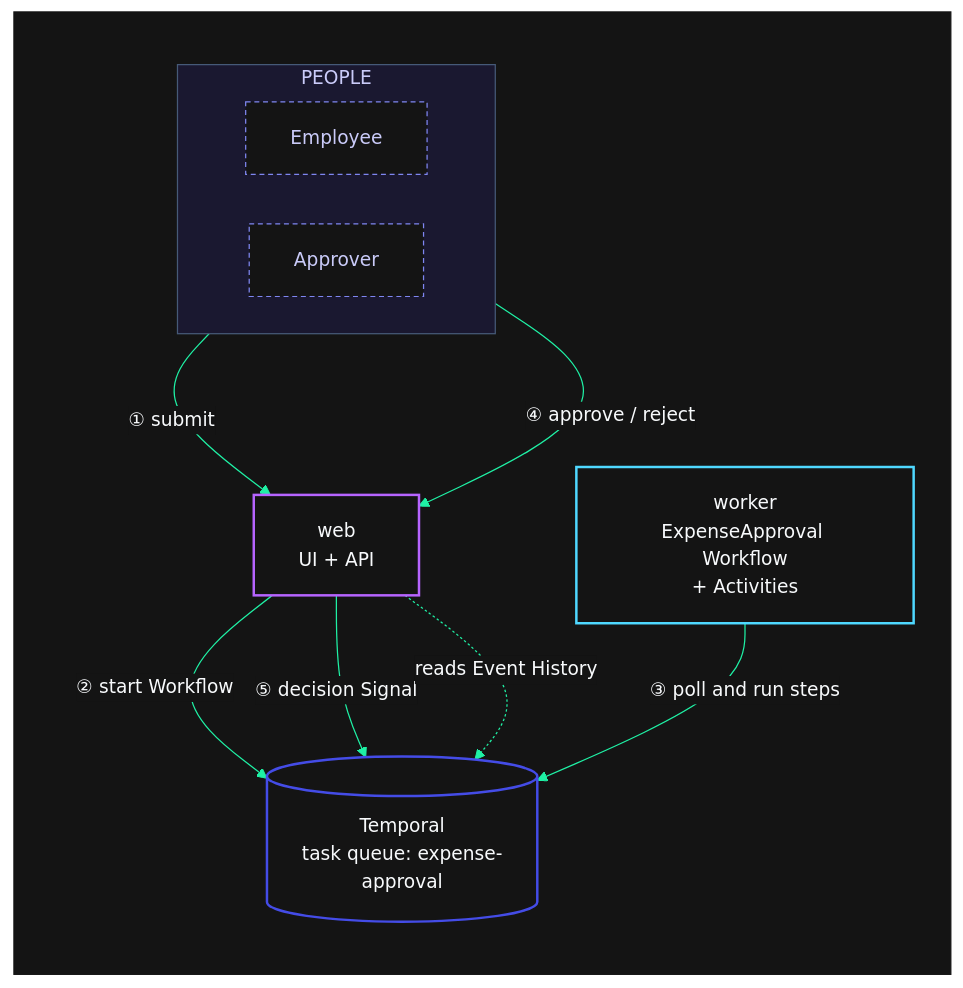
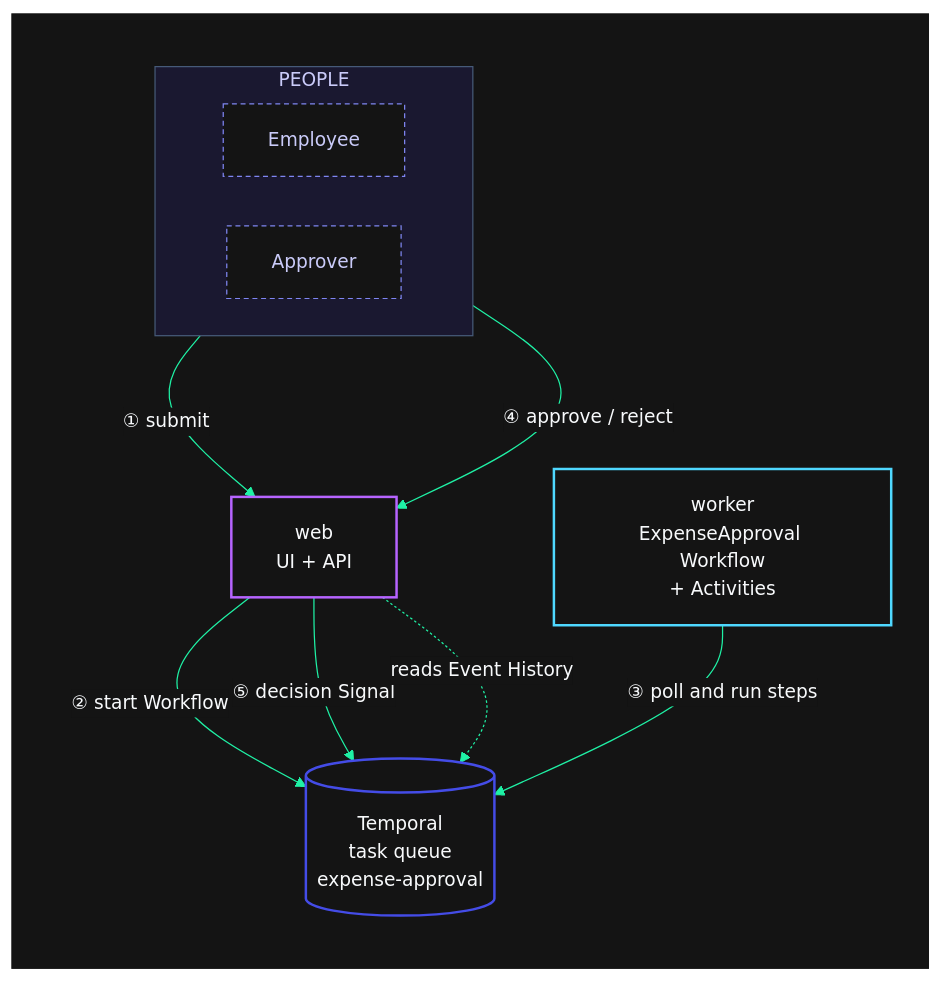
One commit to mikeacjones/temporal-demo-expense-approval changed the diagram in README.md. Above: the diagram before and after it, drawn with Mermaid.

Commit message:
Update readme diagrams

````diff
--- a/README.md
+++ b/README.md
@@ -15,45 +15,45 @@
 ```mermaid
 %%{init: {"theme": "base", "flowchart": {"nodeSpacing": 40, "rankSpacing": 60, "padding": 18}, "themeVariables": {
   "fontSize": "15px",
   "primaryColor": "#141414",
   "primaryTextColor": "#f8fafc",
   "primaryBorderColor": "#444ce7",
   "lineColor": "#1ff1a5",
   "textColor": "#f8fafc",
   "clusterBkg": "#1a1830",
   "clusterBorder": "#465a78",
   "titleColor": "#cacbf9",
   "edgeLabelBackground": "#141414"
 }}}%%
 flowchart TB
   subgraph card[" "]
     direction TB
     subgraph people["PEOPLE"]
       direction LR
       employee["Employee"]
       approver["Approver"]
     end
 
     web["web<br/>UI + API"]
-    temporal[("Temporal<br/>task queue: expense-approval")]
+    temporal[("Temporal<br/>task queue<br/>expense-approval")]
     worker["worker<br/>ExpenseApproval Workflow<br/>+ Activities"]
   end
 
   employee -- "① submit" --> web
   web -- "② start Workflow" --> temporal
   worker -- "③ poll and run steps" --> temporal
   approver -- "④ approve / reject" --> web
   web -- "⑤ decision Signal" --> temporal
   web -. "reads Event History" .-> temporal
 
   classDef card fill:#141414,stroke:#141414,color:#141414
   classDef people fill:#141414,stroke:#7f86f1,stroke-width:1px,stroke-dasharray:4 3,color:#cacbf9
   classDef app fill:#141414,stroke:#b664ff,stroke-width:2px,color:#f8fafc
   classDef temporal fill:#141414,stroke:#444ce7,stroke-width:2px,color:#f8fafc
   classDef worker fill:#141414,stroke:#4fd8ff,stroke-width:2px,color:#f8fafc
   class card card
   class employee,approver people
   class web app
   class temporal temporal
   class worker worker
 ```
````
